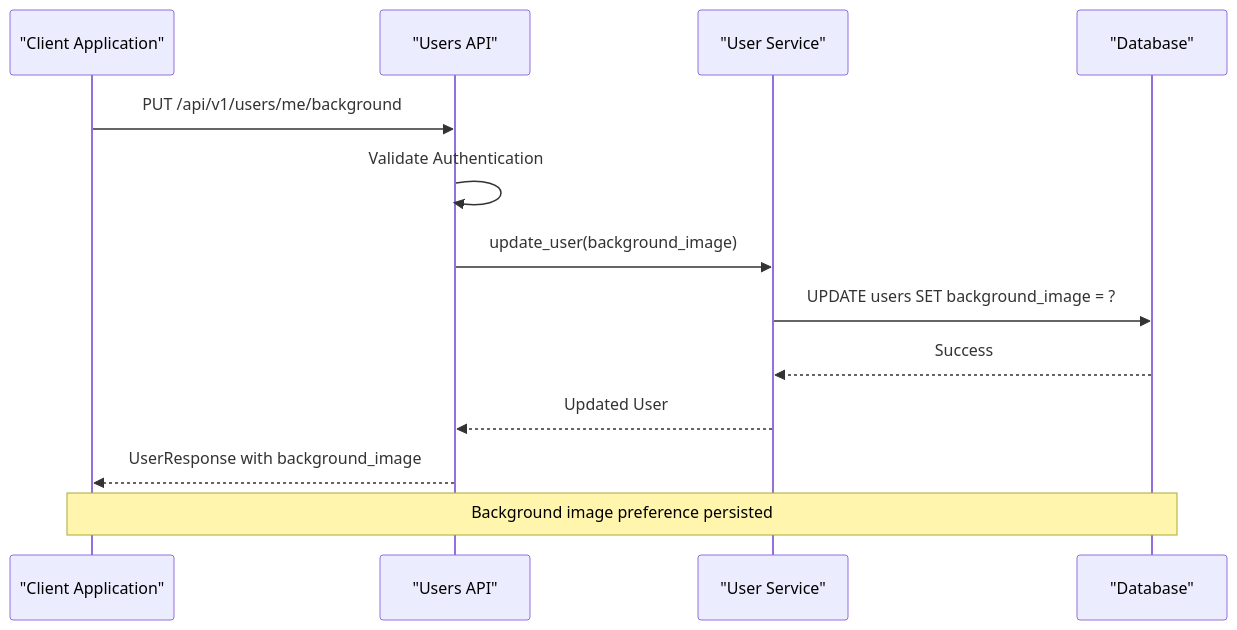
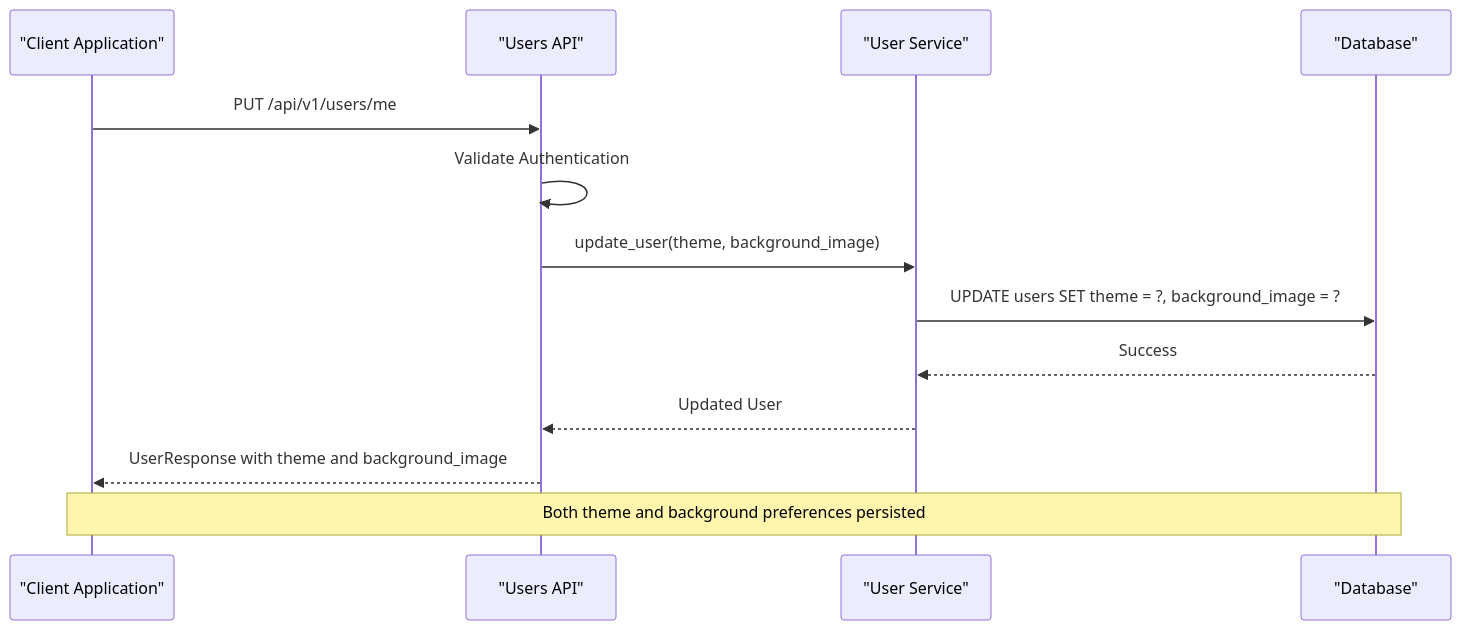
One commit to Nikita5543/New-SSO-02 changed the fourth of 13 diagrams in .qoder/repowiki/en/content/Per-User Background Image System.md. Above: the diagram before and after it, drawn with Mermaid. The commit also changed other lines of this file and 3 other files, not shown here.

First line of the commit message:
feat(user): add unified profile update with theme and background support

````diff
--- a/.qoder/repowiki/en/content/Per-User Background Image System.md
+++ b/.qoder/repowiki/en/content/Per-User Background Image System.md
@@ -209,15 +221,15 @@
 ```mermaid
 sequenceDiagram
 participant Client as "Client Application"
 participant API as "Users API"
 participant Service as "User Service"
 participant DB as "Database"
-Client->>API : PUT /api/v1/users/me/background
+Client->>API : PUT /api/v1/users/me
 API->>API : Validate Authentication
-API->>Service : update_user(background_image)
-Service->>DB : UPDATE users SET background_image = ?
+API->>Service : update_user(theme, background_image)
+Service->>DB : UPDATE users SET theme = ?, background_image = ?
 DB-->>Service : Success
 Service-->>API : Updated User
-API-->>Client : UserResponse with background_image
-Note over Client,DB : Background image preference persisted
+API-->>Client : UserResponse with theme and background_image
+Note over Client,DB : Both theme and background preferences persisted
 ```
````
